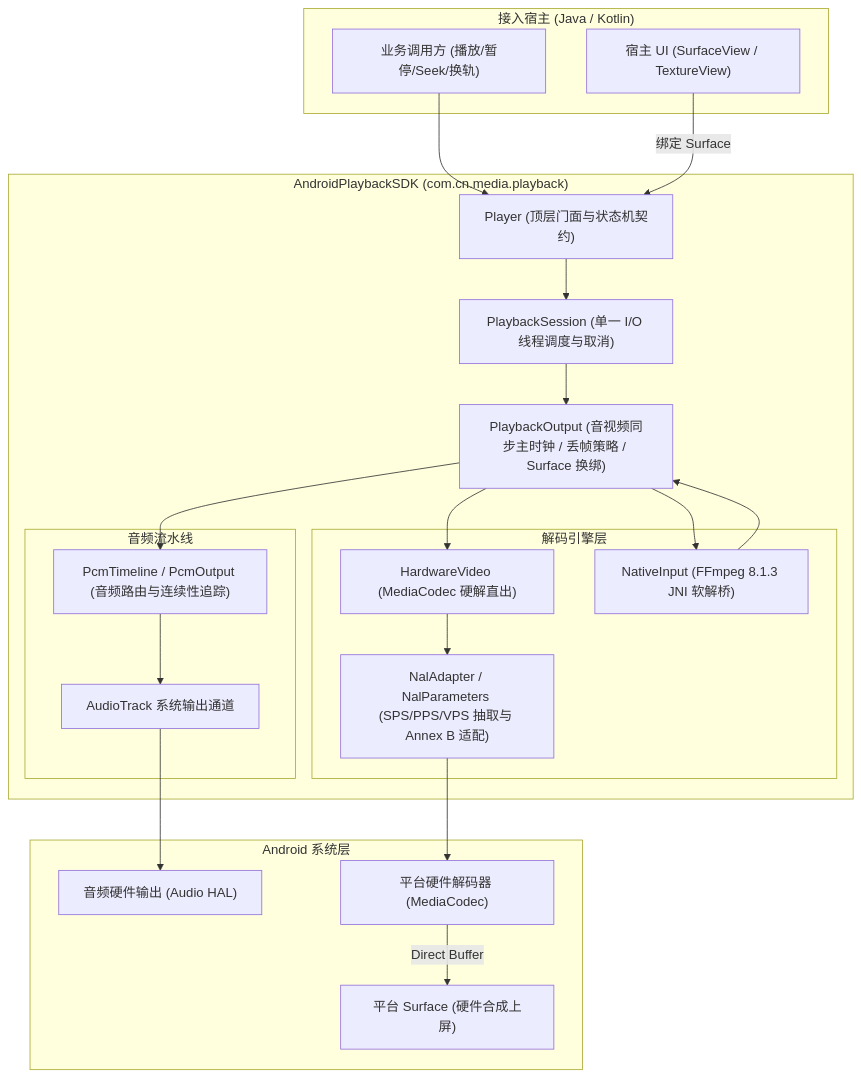
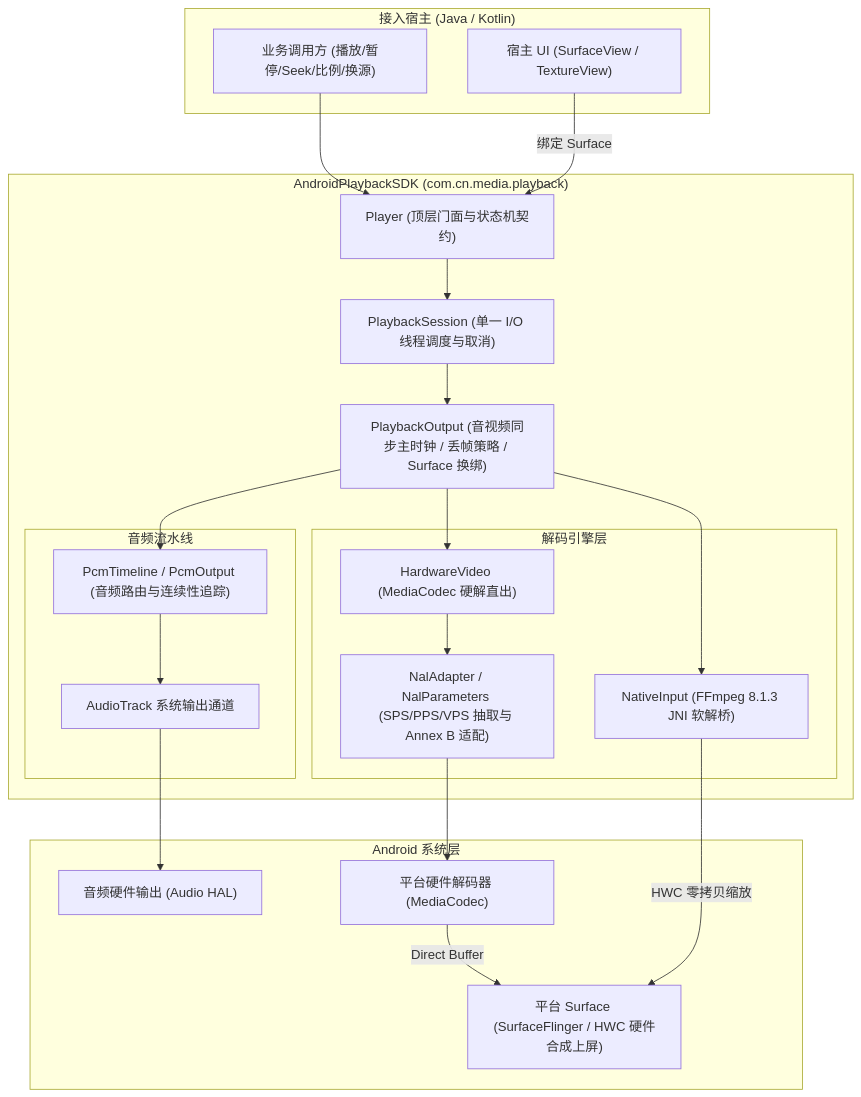
Before and after one commit to NingCui29/AndroidPlaybackSDK: the diagram in README.md, drawn with Mermaid. The commit also changed other lines of this file, not shown here.

````diff
--- a/README.md
+++ b/README.md
@@ -34,44 +64,44 @@
 ```mermaid
 flowchart TD
     subgraph App["接入宿主 (Java / Kotlin)"]
         UI["宿主 UI (SurfaceView / TextureView)"]
-        Caller["业务调用方 (播放/暂停/Seek/换轨)"]
+        Caller["业务调用方 (播放/暂停/Seek/比例/换源)"]
     end
 
     subgraph SDK["AndroidPlaybackSDK (com.cn.media.playback)"]
         Player["Player (顶层门面与状态机契约)"]
         Session["PlaybackSession (单一 I/O 线程调度与取消)"]
         Output["PlaybackOutput (音视频同步主时钟 / 丢帧策略 / Surface 换绑)"]
         
         subgraph Decoders["解码引擎层"]
             HW["HardwareVideo (MediaCodec 硬解直出)"]
             NAL["NalAdapter / NalParameters (SPS/PPS/VPS 抽取与 Annex B 适配)"]
             SW["NativeInput (FFmpeg 8.1.3 JNI 软解桥)"]
         end
 
         subgraph Audio["音频流水线"]
             PCM["PcmTimeline / PcmOutput (音频路由与连续性追踪)"]
             AudioTrack["AudioTrack 系统输出通道"]
         end
     end
 
     subgraph Platform["Android 系统层"]
-        Surface["平台 Surface (硬件合成上屏)"]
+        Surface["平台 Surface (SurfaceFlinger / HWC 硬件合成上屏)"]
         AudioHAL["音频硬件输出 (Audio HAL)"]
         Drivers["平台硬件解码器 (MediaCodec)"]
     end
 
     Caller --> Player
     UI -->|绑定 Surface| Player
     Player --> Session
     Session --> Output
     Output --> HW
     Output --> SW
     HW --> NAL
     NAL --> Drivers
     Drivers -->|Direct Buffer| Surface
-    SW --> Output
+    SW -->|HWC 零拷贝缩放| Surface
     Output --> PCM
     PCM --> AudioTrack
     AudioTrack --> AudioHAL
 ```
````
